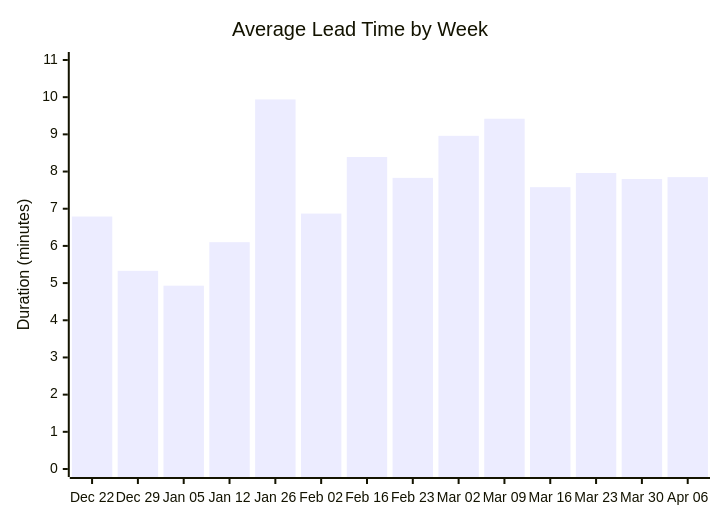
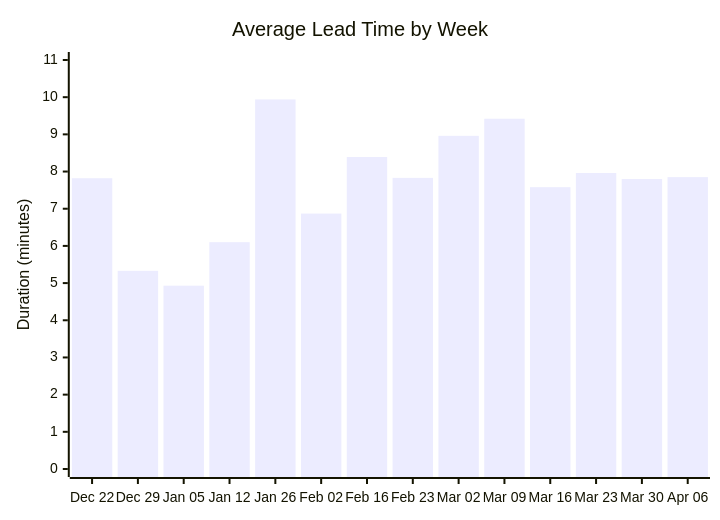
The second of 4 diagrams in docs/ci-cd/dora-summary.md (ukma-cs-ssdm-2025/rate-ukma), drawn with Mermaid before and after one commit. The commit also changed other lines of this file, not shown here.

````diff
--- a/docs/ci-cd/dora-summary.md
+++ b/docs/ci-cd/dora-summary.md
@@ -30,7 +29,7 @@
 ```mermaid
 xychart-beta
     title "Average Lead Time by Week"
     x-axis ["Dec 22", "Dec 29", "Jan 05", "Jan 12", "Jan 26", "Feb 02", "Feb 16", "Feb 23", "Mar 02", "Mar 09", "Mar 16", "Mar 23", "Mar 30", "Apr 06"]
     y-axis "Duration (minutes)" 0 --> 11
-    bar [6.79, 5.33, 4.93, 6.10, 9.94, 6.87, 8.39, 7.83, 8.96, 9.42, 7.58, 7.96, 7.80, 7.85]
+    bar [7.82, 5.33, 4.93, 6.10, 9.94, 6.87, 8.39, 7.83, 8.96, 9.42, 7.58, 7.96, 7.80, 7.85]
 ```
````
